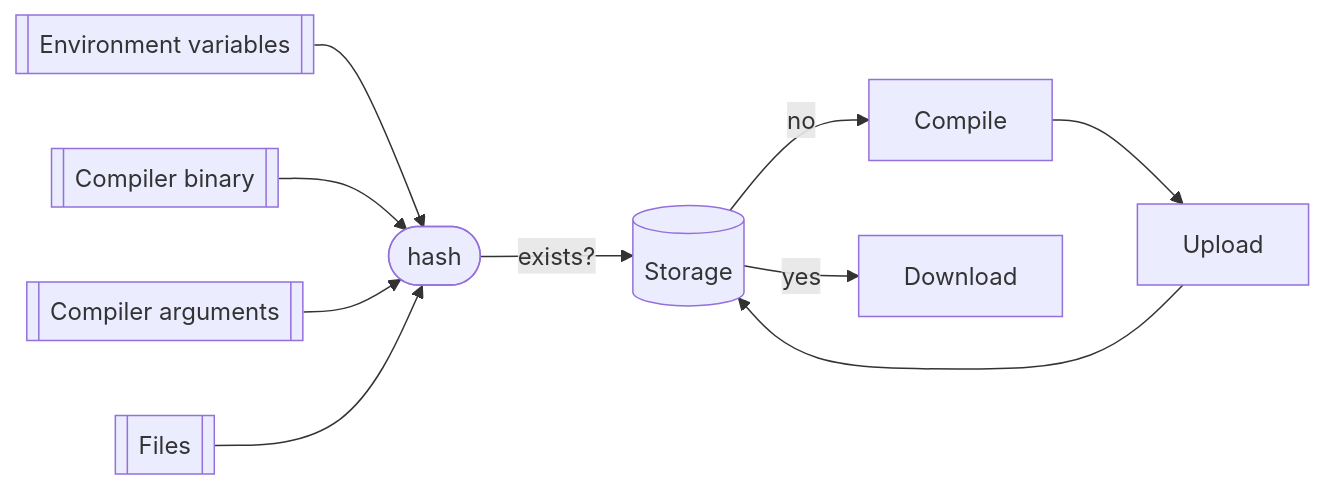
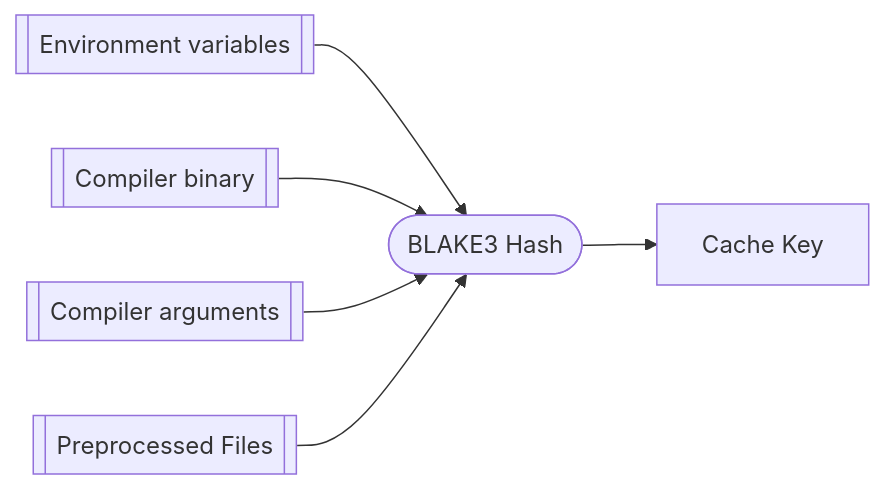
One commit to mozilla/sccache changed the third of 3 diagrams in docs/Architecture.md. Above: the diagram before and after it, drawn with Mermaid. The commit also changed other lines of this file and 3 other files, not shown here.

````diff
--- a/docs/Architecture.md
+++ b/docs/Architecture.md
@@ -6,12 +89,8 @@
 ```mermaid
   flowchart LR
       id1[[Environment variables]] --> hash
       id2[[Compiler binary]] --> hash
       id3[[Compiler arguments]] --> hash
-      id5[[Files]] --> |  | hash
-      Compile --> Upload
-      Storage[(Storage)] --> | yes | Download
-      hash([hash]) --> | exists? | Storage
-      Storage --> | no | Compile
-      Upload --> Storage
+      id5[[Preprocessed Files]] --> hash
+      hash([BLAKE3 Hash]) --> key[Cache Key]
 ```
````
